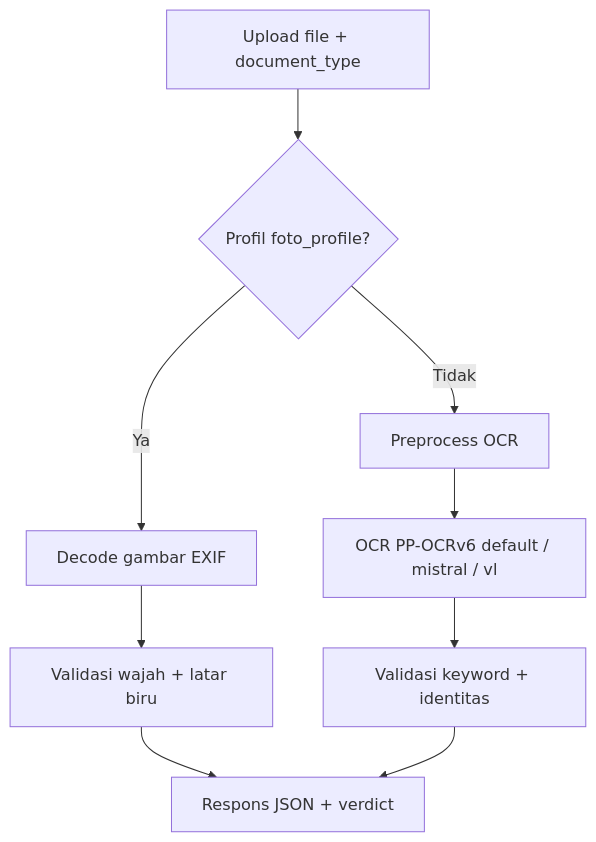
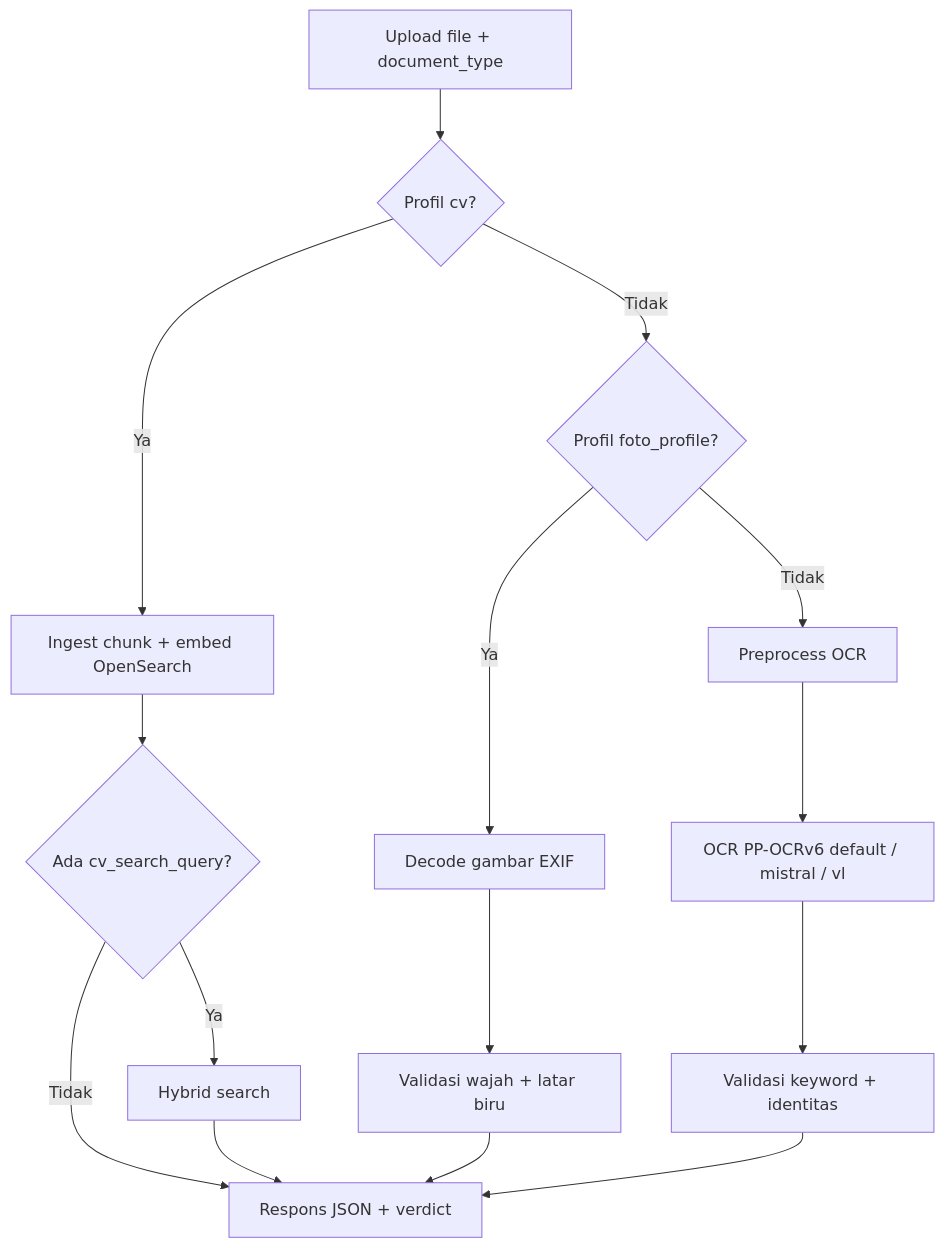
The diagram in docs/API_SPEC.md (codemysister/ocr), drawn with Mermaid before and after one commit. The commit also changed other lines of this file and 71 other files, not shown here.

````diff
--- a/docs/API_SPEC.md
+++ b/docs/API_SPEC.md
@@ -186,11 +199,17 @@
 ```mermaid
 flowchart TD
-  A[Upload file + document_type] --> B{Profil foto_profile?}
-  B -->|Ya| C[Decode gambar EXIF]
+  A[Upload file + document_type] --> B{Profil cv?}
+  B -->|Ya| I[Ingest chunk + embed OpenSearch]
+  I --> J{Ada cv_search_query?}
+  J -->|Ya| K[Hybrid search]
+  J -->|Tidak| H
+  K --> H[Respons JSON]
+  B -->|Tidak| L{Profil foto_profile?}
+  L -->|Ya| C[Decode gambar EXIF]
   C --> D[Validasi wajah + latar biru]
-  B -->|Tidak| E[Preprocess OCR]
+  L -->|Tidak| E[Preprocess OCR]
   E --> F[OCR PP-OCRv6 default / mistral / vl]
   F --> G[Validasi keyword + identitas]
   D --> H[Respons JSON + verdict]
   G --> H
 ```
````
